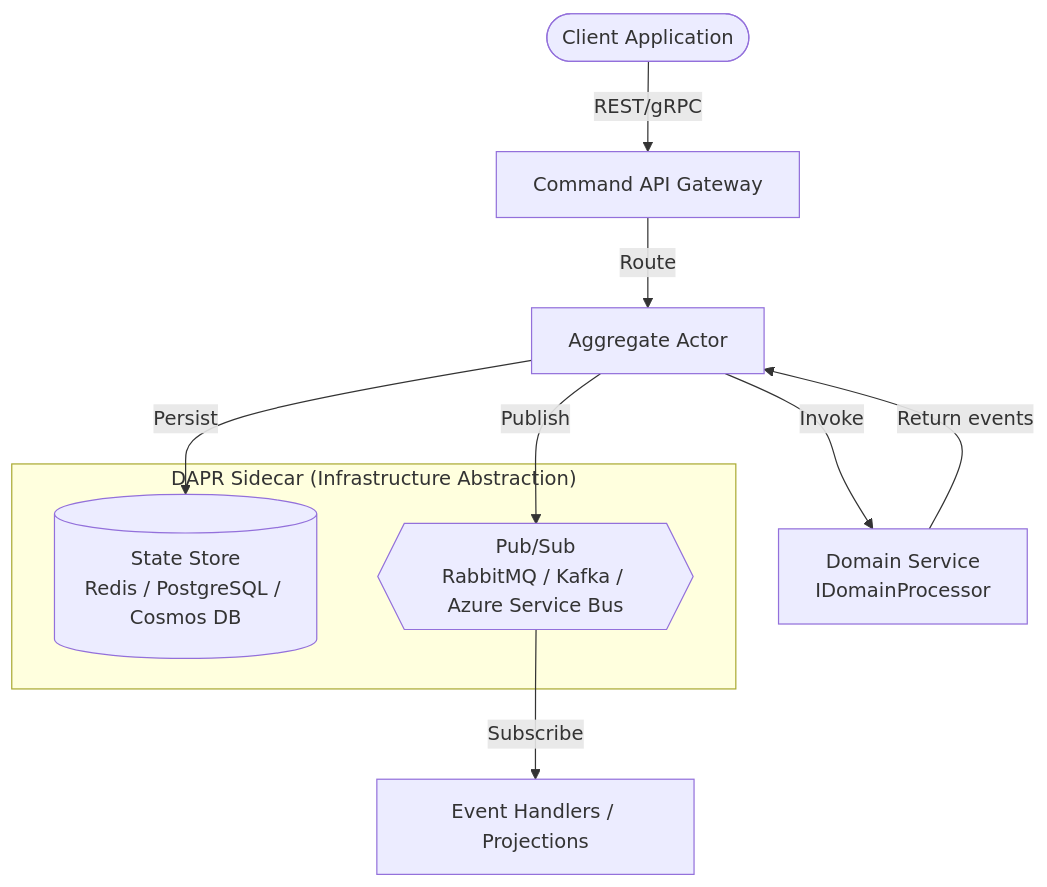
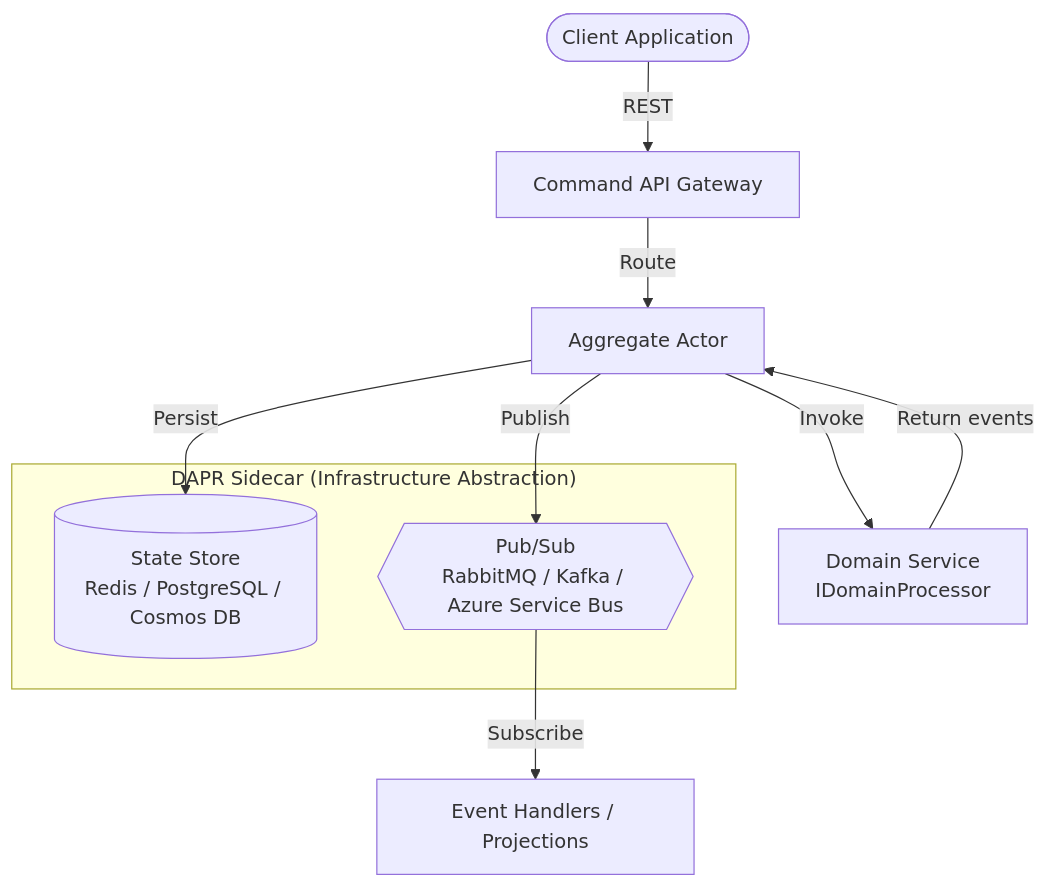
One commit to Hexalith/Hexalith.EventStore changed the diagram in README.md. Above: the diagram before and after it, drawn with Mermaid. The commit also changed other lines of this file and 12 other files, not shown here.

````diff
--- a/README.md
+++ b/README.md
@@ -77,15 +77,15 @@
 ```mermaid
 flowchart TB
-    Client([Client Application]) -->|REST/gRPC| CommandAPI[Command API Gateway]
+    Client([Client Application]) -->|REST| CommandAPI[Command API Gateway]
     CommandAPI -->|Route| Actor[Aggregate Actor]
     Actor -->|Invoke| Domain[Domain Service<br/>IDomainProcessor]
     Domain -->|Return events| Actor
     Actor -->|Persist| StateStore[(State Store<br/>Redis / PostgreSQL / Cosmos DB)]
     Actor -->|Publish| PubSub{{Pub/Sub<br/>RabbitMQ / Kafka / Azure Service Bus}}
     PubSub -->|Subscribe| Projections[Event Handlers / Projections]
 
     subgraph DAPR ["DAPR Sidecar (Infrastructure Abstraction)"]
         StateStore
         PubSub
     end
 ```
````
